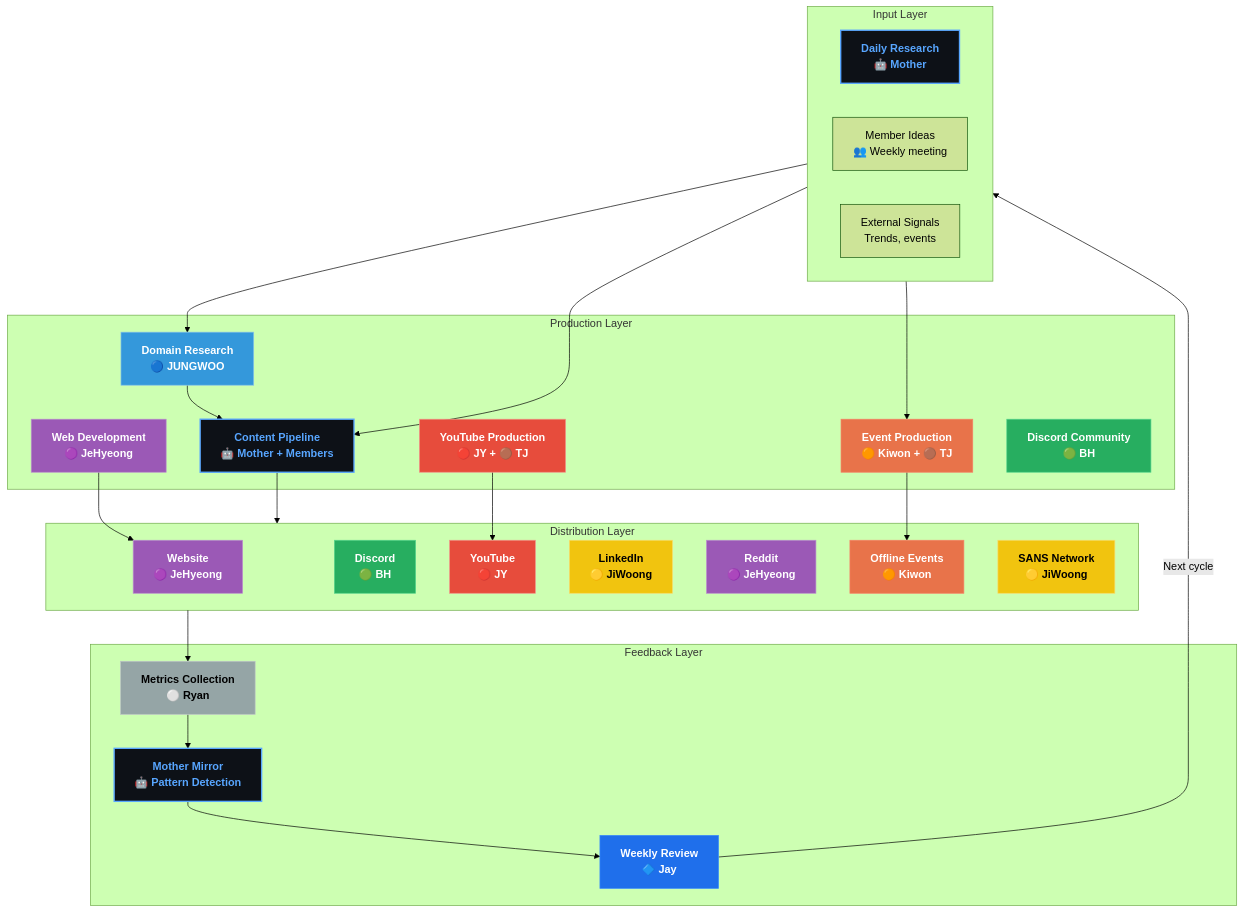
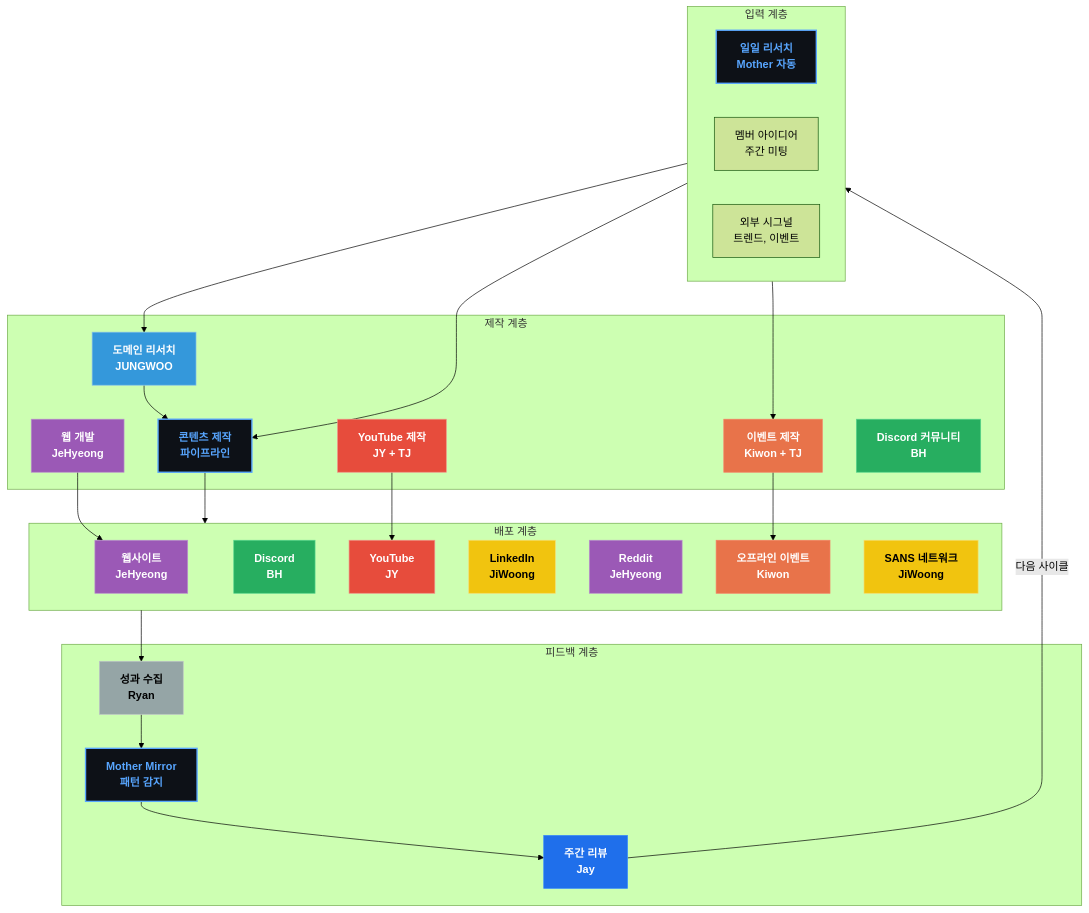
Before and after one commit to JeHyeong2/hypeprooflab: the diagram in products/hypeproof-workflow-diagrams/d1-color.mmd, drawn with Mermaid (forest theme). The commit also changed 38 other files, not shown here.

First line of the commit message:
diagrams: convert all to Korean + font 18px + QA pass 19/19

```diff
--- a/products/hypeproof-workflow-diagrams/d1-color.mmd
+++ b/products/hypeproof-workflow-diagrams/d1-color.mmd
@@ -1,66 +1,66 @@
 flowchart TB
-    subgraph INPUT["Input Layer"]
-        R["Daily Research<br/>🤖 Mother"]
-        MI["Member Ideas<br/>👥 Weekly meeting"]
-        EXT["External Signals<br/>Trends, events"]
+    subgraph INPUT["입력 계층"]
+        R["일일 리서치<br/>Mother 자동"]
+        MI["멤버 아이디어<br/>주간 미팅"]
+        EXT["외부 시그널<br/>트렌드, 이벤트"]
     end
 
-    subgraph PRODUCE["Production Layer"]
-        CP["Content Pipeline<br/>🤖 Mother + Members"]
-        EP["Event Production<br/>🟠 Kiwon + 🟤 TJ"]
-        WD["Web Development<br/>🟣 JeHyeong"]
-        YT["YouTube Production<br/>🔴 JY + 🟤 TJ"]
-        DC["Discord Community<br/>🟢 BH"]
-        DR["Domain Research<br/>🔵 JUNGWOO"]
+    subgraph PRODUCE["제작 계층"]
+        CP["콘텐츠 제작<br/>파이프라인"]
+        EP["이벤트 제작<br/>Kiwon + TJ"]
+        WD["웹 개발<br/>JeHyeong"]
+        YT["YouTube 제작<br/>JY + TJ"]
+        DC["Discord 커뮤니티<br/>BH"]
+        DR["도메인 리서치<br/>JUNGWOO"]
     end
 
-    subgraph DISTRIBUTE["Distribution Layer"]
-        WEB["Website<br/>🟣 JeHyeong"]
-        DIS["Discord<br/>🟢 BH"]
-        YTC["YouTube<br/>🔴 JY"]
-        LI["LinkedIn<br/>🟡 JiWoong"]
-        RD["Reddit<br/>🟣 JeHyeong"]
-        OFL["Offline Events<br/>🟠 Kiwon"]
-        SANS_N["SANS Network<br/>🟡 JiWoong"]
+    subgraph DISTRIBUTE["배포 계층"]
+        WEB["웹사이트<br/>JeHyeong"]
+        DIS["Discord<br/>BH"]
+        YTC["YouTube<br/>JY"]
+        LI["LinkedIn<br/>JiWoong"]
+        RD["Reddit<br/>JeHyeong"]
+        OFL["오프라인 이벤트<br/>Kiwon"]
+        SANS_N["SANS 네트워크<br/>JiWoong"]
     end
 
-    subgraph FEEDBACK["Feedback Layer"]
-        MET["Metrics Collection<br/>⚪ Ryan"]
-        MIR["Mother Mirror<br/>🤖 Pattern Detection"]
-        REV["Weekly Review<br/>🔷 Jay"]
+    subgraph FEEDBACK["피드백 계층"]
+        MET["성과 수집<br/>Ryan"]
+        MIR["Mother Mirror<br/>패턴 감지"]
+        REV["주간 리뷰<br/>Jay"]
     end
 
     INPUT --> CP
     INPUT --> EP
     INPUT --> DR
     CP --> DISTRIBUTE
     EP --> OFL
     WD --> WEB
     YT --> YTC
     DR --> CP
 
     DISTRIBUTE --> MET
     MET --> MIR
     MIR --> REV
-    REV -->|"Next cycle"| INPUT
+    REV -->|"다음 사이클"| INPUT
 
     classDef jay fill:#1f6feb,stroke:#388bfd,color:#fff,font-weight:bold
     classDef kiwon fill:#e8734a,stroke:#f78166,color:#fff,font-weight:bold
     classDef jiwoong fill:#f1c40f,stroke:#f7dc6f,color:#000,font-weight:bold
     classDef jy fill:#e74c3c,stroke:#f1948a,color:#fff,font-weight:bold
     classDef tj fill:#8b4513,stroke:#cd853f,color:#fff,font-weight:bold
     classDef jehyeong fill:#9b59b6,stroke:#bb8fce,color:#fff,font-weight:bold
     classDef bh fill:#27ae60,stroke:#58d68d,color:#fff,font-weight:bold
     classDef jungwoo fill:#3498db,stroke:#85c1e9,color:#fff,font-weight:bold
     classDef ryan fill:#95a5a6,stroke:#bdc3c7,color:#000,font-weight:bold
     classDef mother fill:#0d1117,stroke:#58a6ff,color:#58a6ff,font-weight:bold,stroke-width:2px
 
     class REV jay
     class EP,OFL kiwon
     class LI,SANS_N jiwoong
     class YT,YTC jy
     class DC,DIS bh
     class WD,WEB,RD jehyeong
     class DR jungwoo
     class MET ryan
     class R,MIR,CP mother
```
